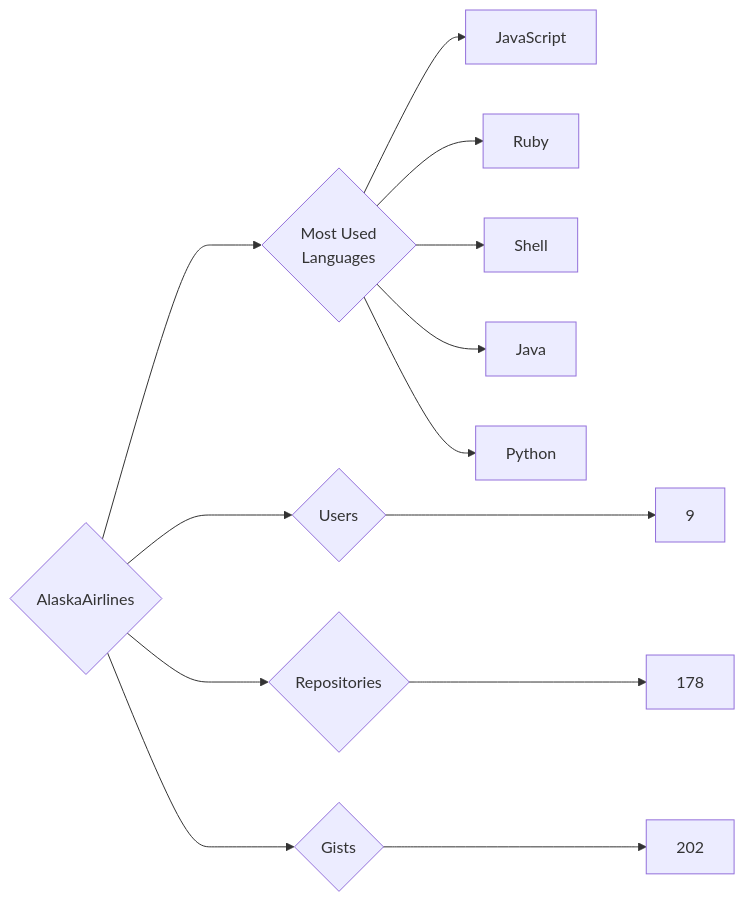
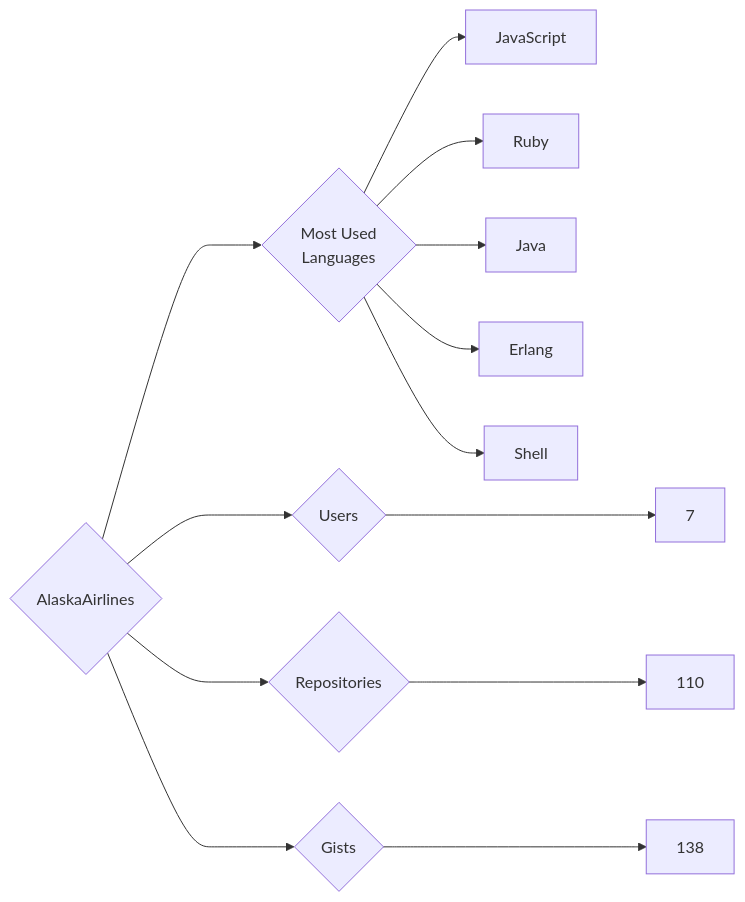
Before and after one commit to trickest/insiders: the diagram in targets/AlaskaAirlines/README.md, drawn with Mermaid. The commit also changed 985 other files, not shown here.

````diff
--- a/targets/AlaskaAirlines/README.md
+++ b/targets/AlaskaAirlines/README.md
@@ -3,13 +3,13 @@
 ```mermaid
 graph LR
 COMPANY_NAME{AlaskaAirlines}
-COMPANY_NAME ---> U{Users} ---> UN[9]
-COMPANY_NAME ---> R{Repositories} ---> RN[178]
-COMPANY_NAME ---> G{Gists} ---> GN[202]
+COMPANY_NAME ---> U{Users} ---> UN[7]
+COMPANY_NAME ---> R{Repositories} ---> RN[110]
+COMPANY_NAME ---> G{Gists} ---> GN[138]
 COMPANY_NAME ---> ML{Most Used<br>Languages}
 ML --> JavaScript[JavaScript]
 ML --> Ruby[Ruby]
+ML --> Java[Java]
+ML --> Erlang[Erlang]
 ML --> Shell[Shell]
-ML --> Java[Java]
-ML --> Python[Python]
 ```
````
